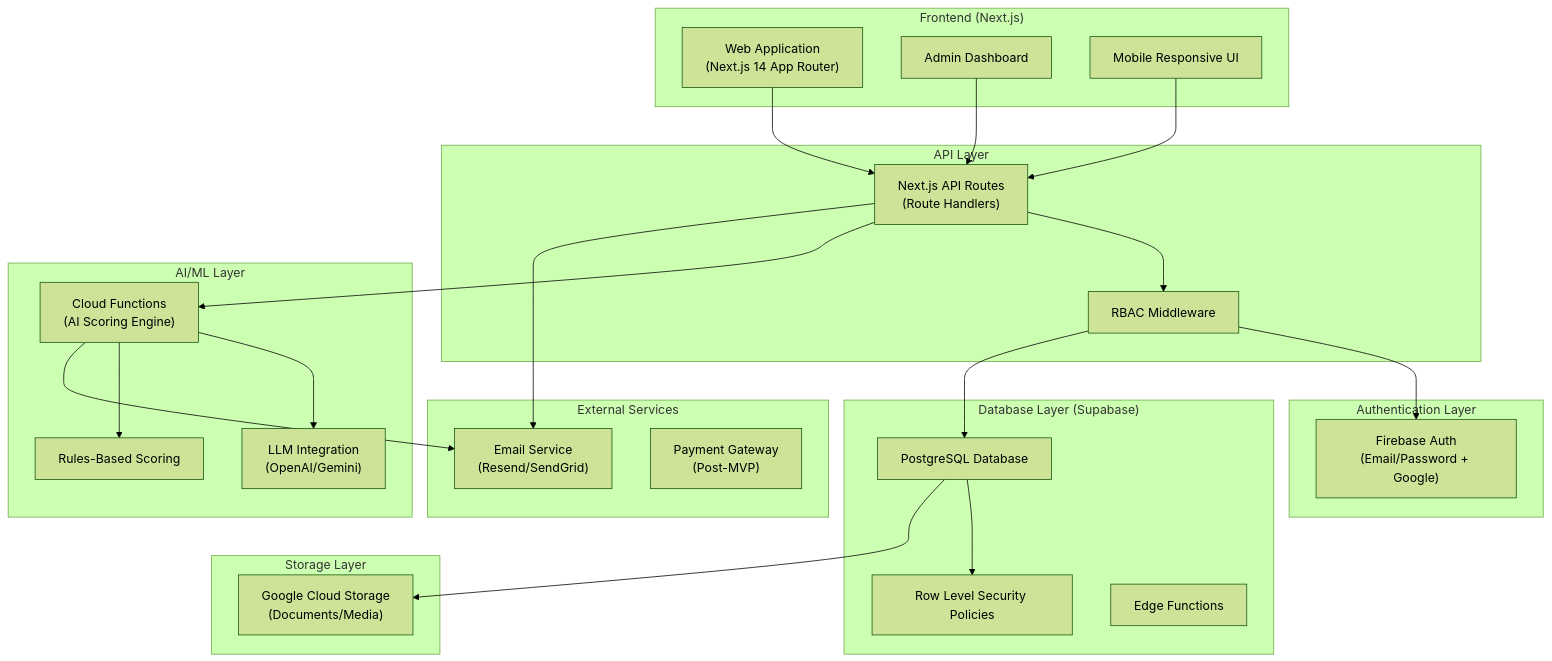
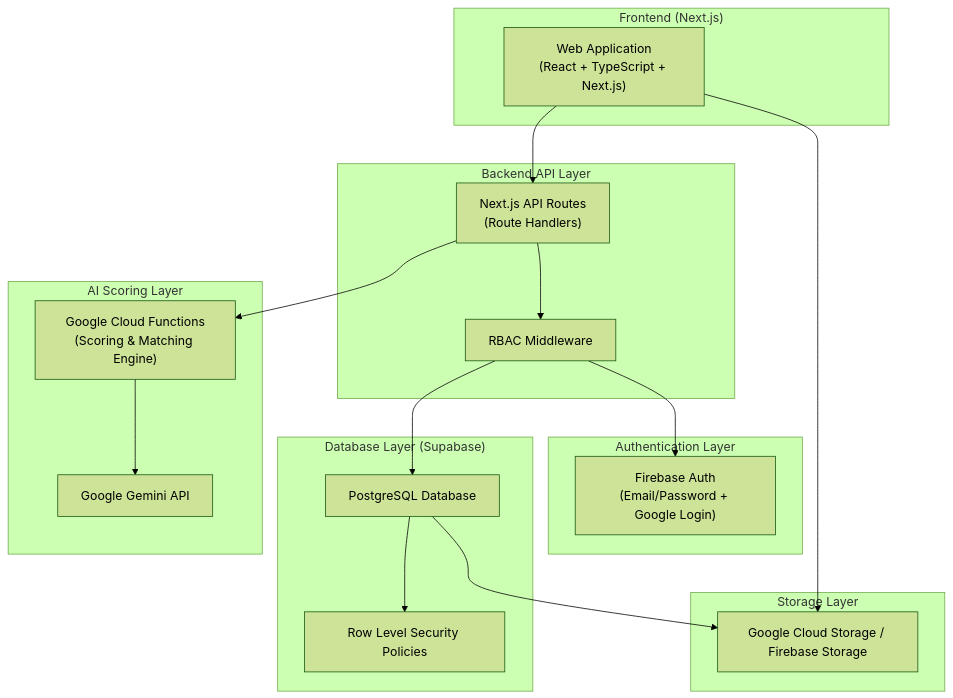
One commit to medsonmoombe/connect changed the diagram in energy_capital_match_mvp_design.md. Above: the diagram before and after it, drawn with Mermaid (forest theme). The commit also changed other lines of this file and 7103 other files, not shown here.

Commit message:
Phase 4 matching engine + other portals completed

````diff
--- a/energy_capital_match_mvp_design.md
+++ b/energy_capital_match_mvp_design.md
@@ -7,56 +7,39 @@
 ```mermaid
 flowchart TB
     subgraph Client["Frontend (Next.js)"]
-        WebApp["Web Application<br/>(Next.js 14 App Router)"]
-        AdminDash["Admin Dashboard"]
-        MobileApp["Mobile Responsive UI"]
+        WebApp["Web Application<br/>(React + TypeScript + Next.js)"]
     end
 
     subgraph Auth["Authentication Layer"]
-        FirebaseAuth["Firebase Auth<br/>(Email/Password + Google)"]
+        FirebaseAuth["Firebase Auth<br/>(Email/Password + Google Login)"]
     end
 
-    subgraph API["API Layer"]
+    subgraph API["Backend API Layer"]
         NextAPI["Next.js API Routes<br/>(Route Handlers)"]
         Middleware["RBAC Middleware"]
     end
 
     subgraph Database["Database Layer (Supabase)"]
         Postgres["PostgreSQL Database"]
         RLS["Row Level Security Policies"]
-        EdgeFunctions["Edge Functions"]
     end
 
-    subgraph AI["AI/ML Layer"]
-        CloudFunctions["Cloud Functions<br/>(AI Scoring Engine)"]
-        LLM["LLM Integration<br/>(OpenAI/Gemini)"]
-        RulesEngine["Rules-Based Scoring"]
+    subgraph AI["AI Scoring Layer"]
+        CloudFunctions["Google Cloud Functions<br/>(Scoring & Matching Engine)"]
+        GeminiAPI["Google Gemini API"]
     end
 
     subgraph Storage["Storage Layer"]
-        GCS["Google Cloud Storage<br/>(Documents/Media)"]
-    end
-
-    subgraph External["External Services"]
-        EmailService["Email Service<br/>(Resend/SendGrid)"]
-        PaymentGateway["Payment Gateway<br/>(Post-MVP)"]
+        GCS["Google Cloud Storage / Firebase Storage"]
     end
 
     WebApp --> NextAPI
-    AdminDash --> NextAPI
-    MobileApp --> NextAPI
-    
     NextAPI --> Middleware
     Middleware --> FirebaseAuth
     Middleware --> Postgres
-    
+    Postgres --> RLS
     NextAPI --> CloudFunctions
-    CloudFunctions --> LLM
-    CloudFunctions --> RulesEngine
-    
-    Postgres --> RLS
+    CloudFunctions --> GeminiAPI
     Postgres --> GCS
-    
-    CloudFunctions --> EmailService
-    NextAPI --> EmailService
+    WebApp --> GCS
 ```
````
